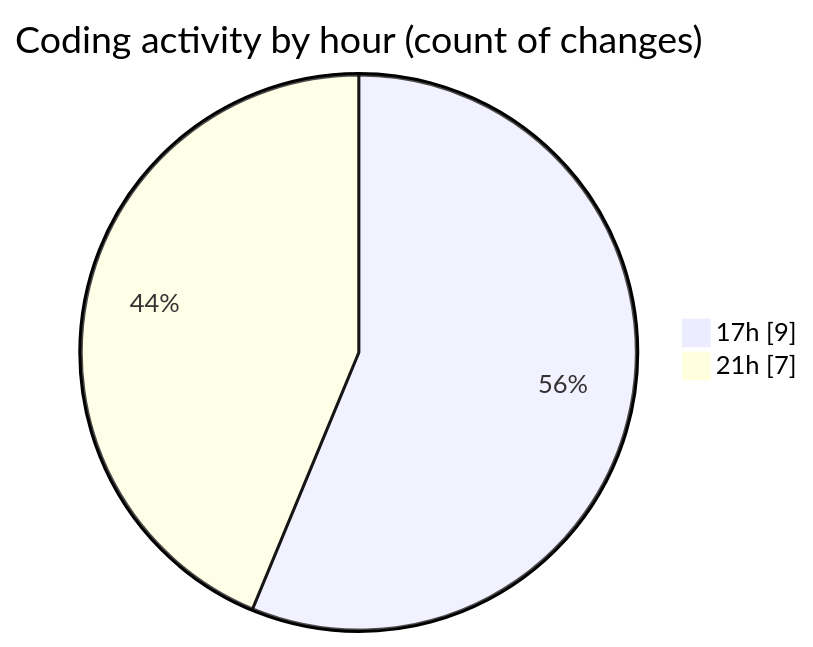
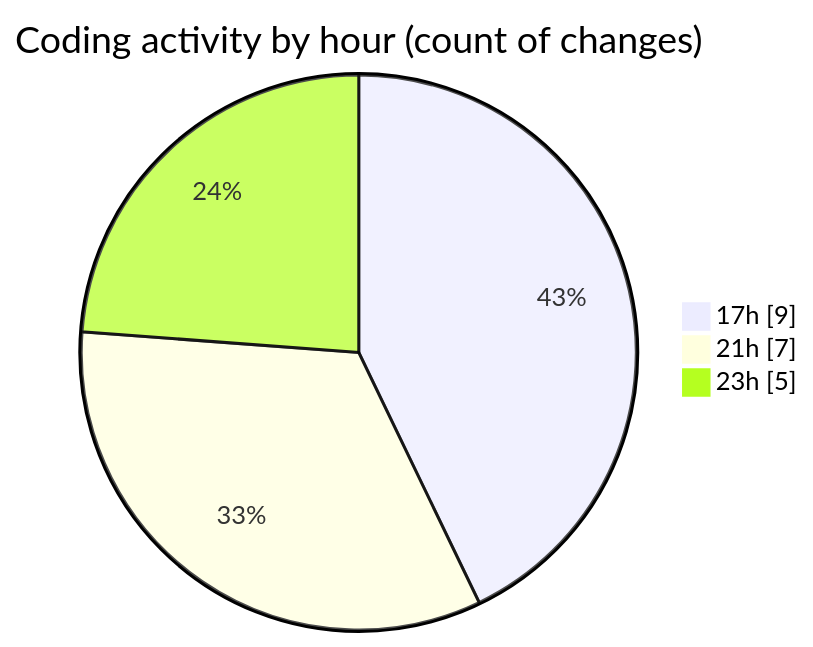
The second of 2 diagrams in 2025-05-07/date/README.md (Netris89/code-tracking), drawn with Mermaid before and after one commit. The commit also changed other lines of this file and 1 other file, not shown here.

````diff
--- a/2025-05-07/date/README.md
+++ b/2025-05-07/date/README.md
@@ -31,6 +32,7 @@
 ```mermaid
 pie showData
 title Coding activity by hour (count of changes)
 "17h" : 9
 "21h" : 7
+"23h" : 5
 ```
````
